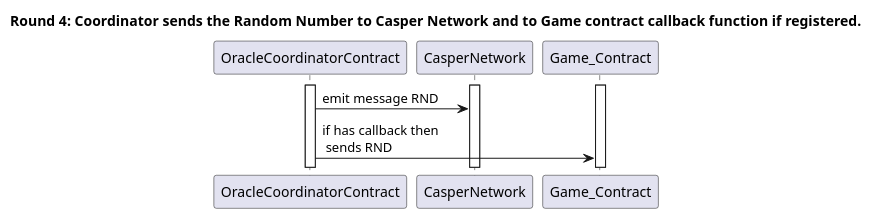
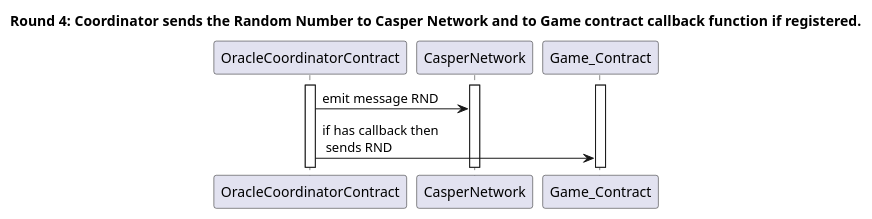
One commit to lucribas/casper-game-oracle changed diagram 11 of 13 in docs/images/Diagrams_plant_uml.md. Above: the diagram before and after it, drawn with PlantUML. The commit also changed other lines of this file and 1 other file, not shown here.

````diff
--- a/docs/images/Diagrams_plant_uml.md
+++ b/docs/images/Diagrams_plant_uml.md
@@ -156,10 +263,10 @@
 ```plantuml
 @startuml
-title Round 4: Coordinator sends the Random Number to Casper Network and to Game contract callback function if registered.
+title Round 4: **Coordinator** sends the Random Number to **Casper Network** and to **Game** contract callback function if registered.
 activate OracleCoordinatorContract
 activate CasperNetwork
 activate Game_Contract
 OracleCoordinatorContract -> CasperNetwork : emit message RND
 OracleCoordinatorContract -> Game_Contract: if has callback then\n sends RND
 @enduml
 ```
````
